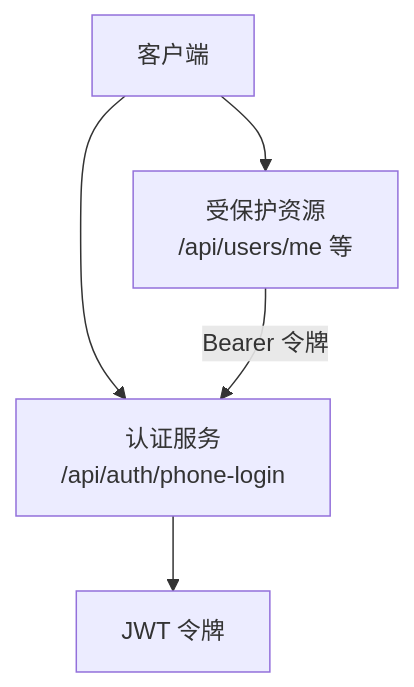
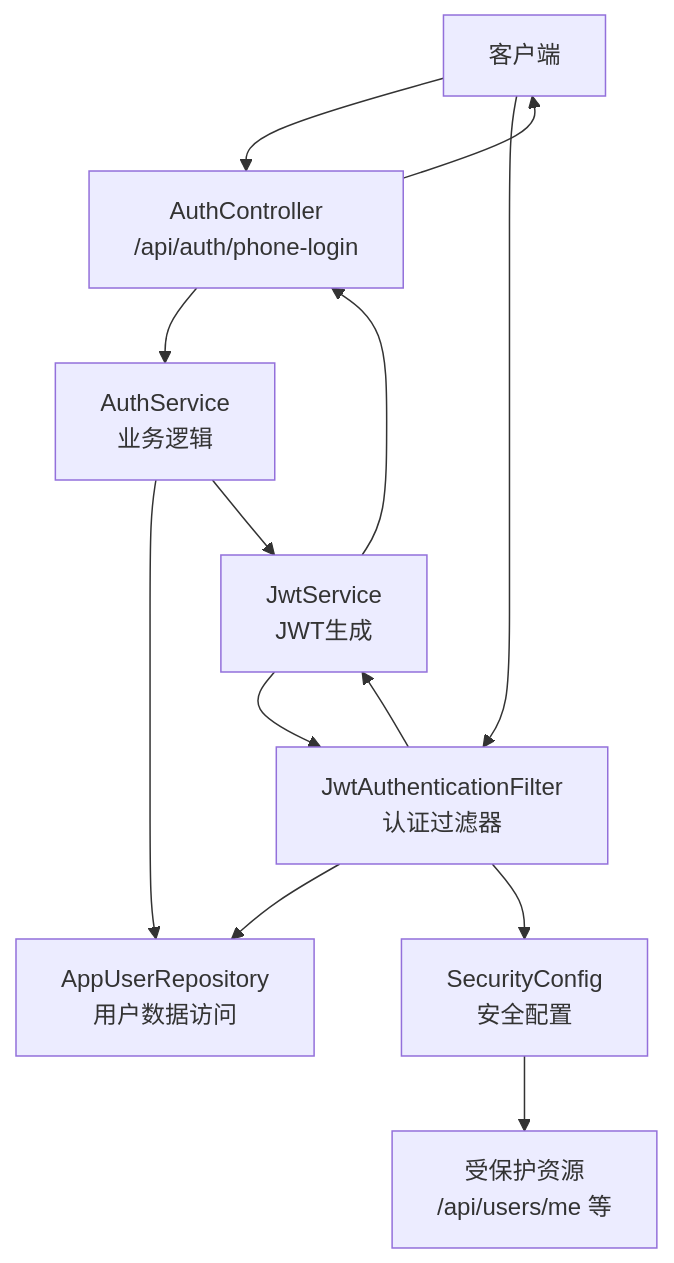
The second of 6 diagrams in .qoder/repowiki/zh/content/API 接口文档/认证接口.md (Jayden23018/blind-run-ios), drawn with Mermaid before and after one commit. The commit also changed other lines of this file and 22 other files, not shown here.

````diff
--- a/.qoder/repowiki/zh/content/API 接口文档/认证接口.md
+++ b/.qoder/repowiki/zh/content/API 接口文档/认证接口.md
@@ -104,11 +156,23 @@
 ```mermaid
 graph TB
 CLIENT["客户端"]
-AUTH["认证服务<br/>/api/auth/phone-login"]
-JWT["JWT 令牌"]
+AUTH["AuthController<br/>/api/auth/phone-login"]
+SERVICE["AuthService<br/>业务逻辑"]
+JWT_SERVICE["JwtService<br/>JWT生成"]
+USER_REPO["AppUserRepository<br/>用户数据访问"]
+FILTER["JwtAuthenticationFilter<br/>认证过滤器"]
+SECURITY["SecurityConfig<br/>安全配置"]
 PROTECT["受保护资源<br/>/api/users/me 等"]
 CLIENT --> AUTH
-AUTH --> JWT
-CLIENT --> PROTECT
-PROTECT --> |"Bearer 令牌"| AUTH
+AUTH --> SERVICE
+SERVICE --> USER_REPO
+SERVICE --> JWT_SERVICE
+JWT_SERVICE --> AUTH
+AUTH --> CLIENT
+CLIENT --> FILTER
+FILTER --> JWT_SERVICE
+JWT_SERVICE --> FILTER
+FILTER --> USER_REPO
+FILTER --> SECURITY
+SECURITY --> PROTECT
 ```
````
